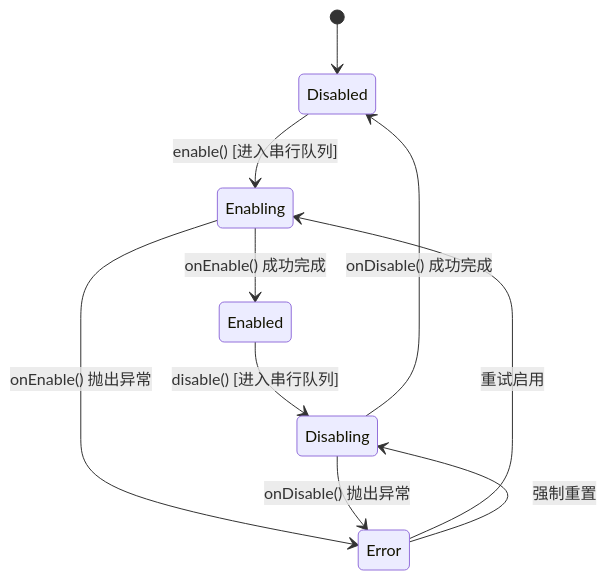
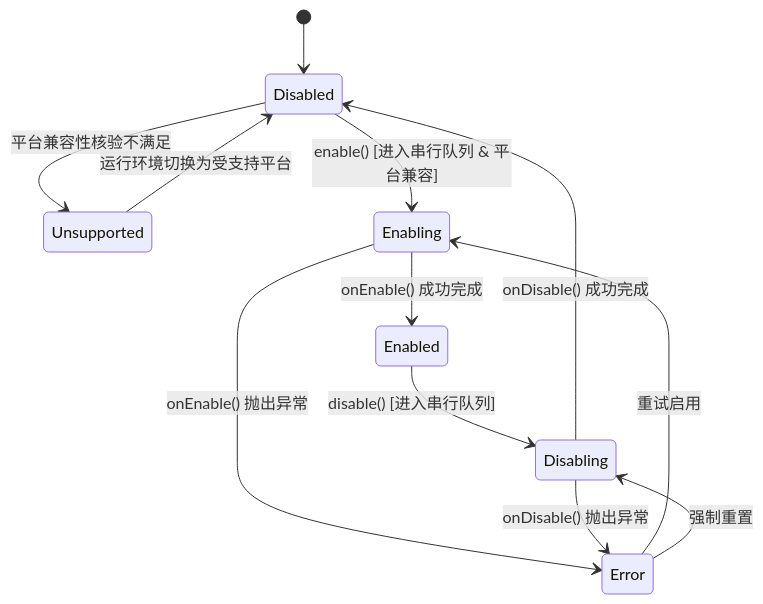
Before and after one commit to Forgo7ten/siyuan-plugin-omnikit: the second of 2 diagrams in docs/CORE-PRD.md, drawn with Mermaid. The commit also changed other lines of this file and 18 other files, not shown here.

````diff
--- a/docs/CORE-PRD.md
+++ b/docs/CORE-PRD.md
@@ -139,14 +163,16 @@
 ```mermaid
 stateDiagram-v2
     [*] --> Disabled
-    Disabled --> Enabling: enable() [进入串行队列]
+    Disabled --> Unsupported: 平台兼容性核验不满足
+    Disabled --> Enabling: enable() [进入串行队列 & 平台兼容]
     Enabling --> Enabled: onEnable() 成功完成
     Enabling --> Error: onEnable() 抛出异常
     
     Enabled --> Disabling: disable() [进入串行队列]
     Disabling --> Disabled: onDisable() 成功完成
     Disabling --> Error: onDisable() 抛出异常
     
+    Unsupported --> Disabled: 运行环境切换为受支持平台
     Error --> Enabling: 重试启用
     Error --> Disabling: 强制重置
 ```
````
